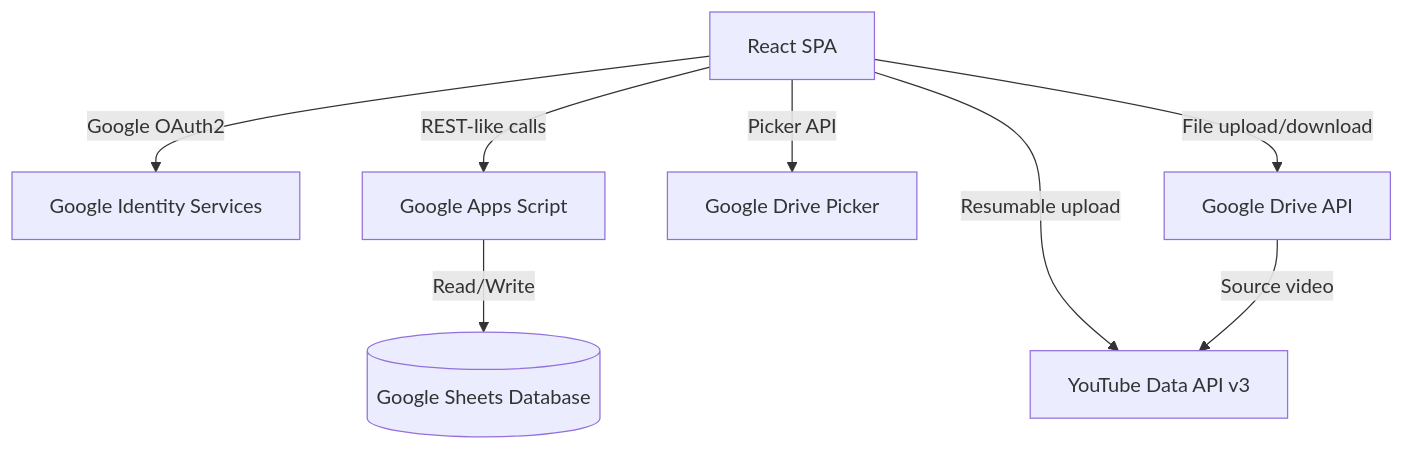
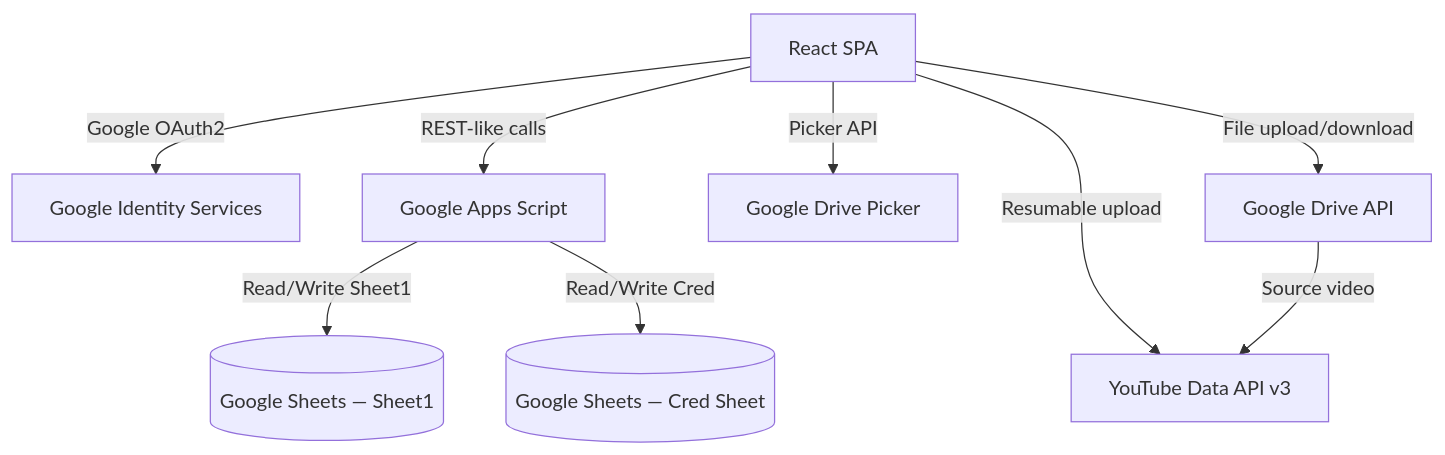
Before and after one commit to 0utLawzz/MG-YT-Dashboard: the diagram in README.md, drawn with Mermaid. The commit also changed other lines of this file and 8 other files, not shown here.

````diff
--- a/README.md
+++ b/README.md
@@ -77,10 +79,11 @@
 ```mermaid
 graph TD
     Browser[React SPA] -->|Google OAuth2| Auth[Google Identity Services]
     Browser -->|REST-like calls| GAS[Google Apps Script]
-    GAS -->|Read/Write| Sheets[(Google Sheets Database)]
+    GAS -->|Read/Write Sheet1| Sheets[(Google Sheets — Sheet1)]
+    GAS -->|Read/Write Cred| Creds[(Google Sheets — Cred Sheet)]
     Browser -->|Picker API| DrivePicker[Google Drive Picker]
     Browser -->|File upload/download| Drive[Google Drive API]
     Browser -->|Resumable upload| YouTube[YouTube Data API v3]
     Drive -->|Source video| YouTube
 ```
````
